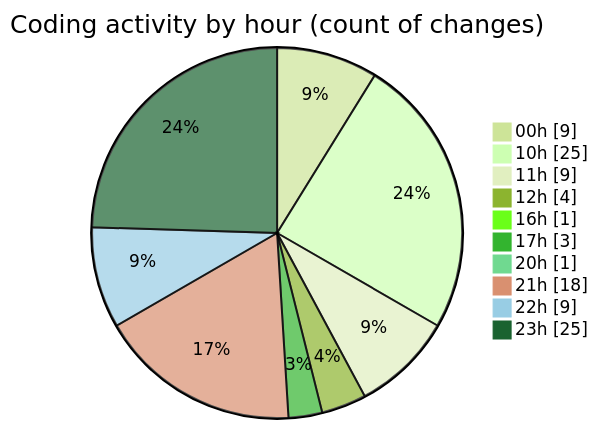
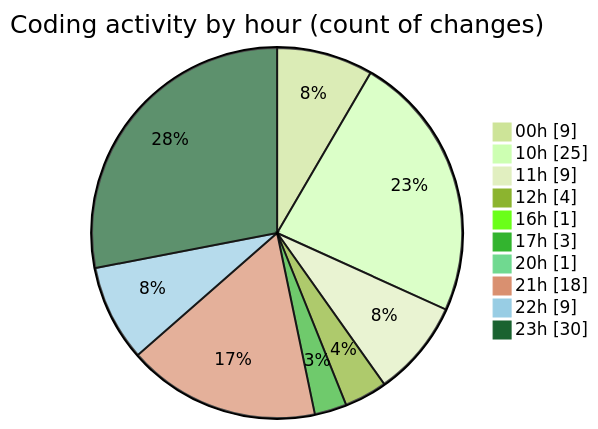
The second of 2 diagrams in 2025-11-15/cdp_aleoudev_fr__workspace_/README.md (julien-gomy/code-tracking), drawn with Mermaid (forest theme) before and after one commit. The commit also changed other lines of this file and 1 other file, not shown here.

````diff
--- a/2025-11-15/cdp_aleoudev_fr__workspace_/README.md
+++ b/2025-11-15/cdp_aleoudev_fr__workspace_/README.md
@@ -42,14 +42,14 @@
 ```mermaid
 pie showData
 title Coding activity by hour (count of changes)
 "00h" : 9
 "10h" : 25
 "11h" : 9
 "12h" : 4
 "16h" : 1
 "17h" : 3
 "20h" : 1
 "21h" : 18
 "22h" : 9
-"23h" : 25
+"23h" : 30
 ```
````
